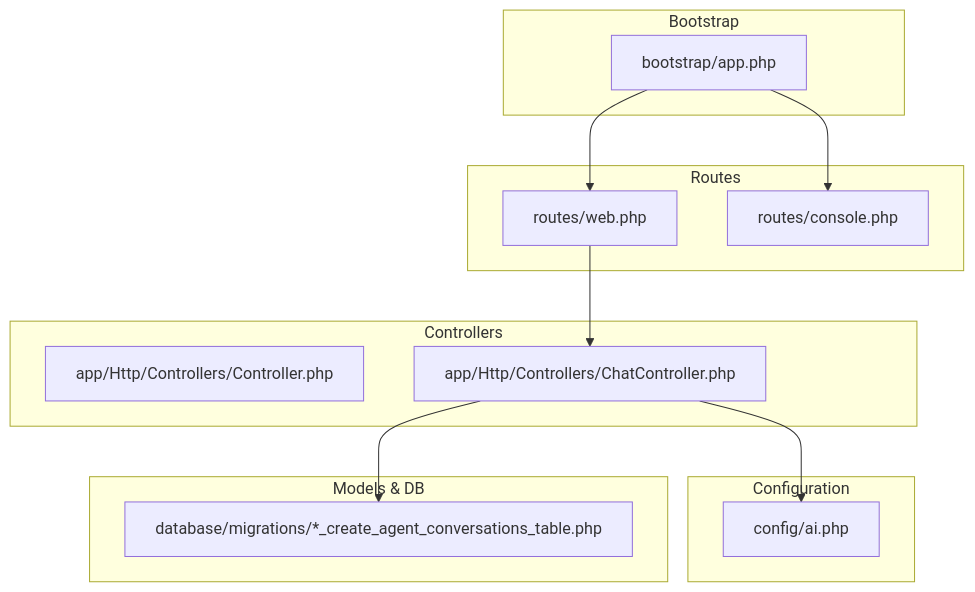
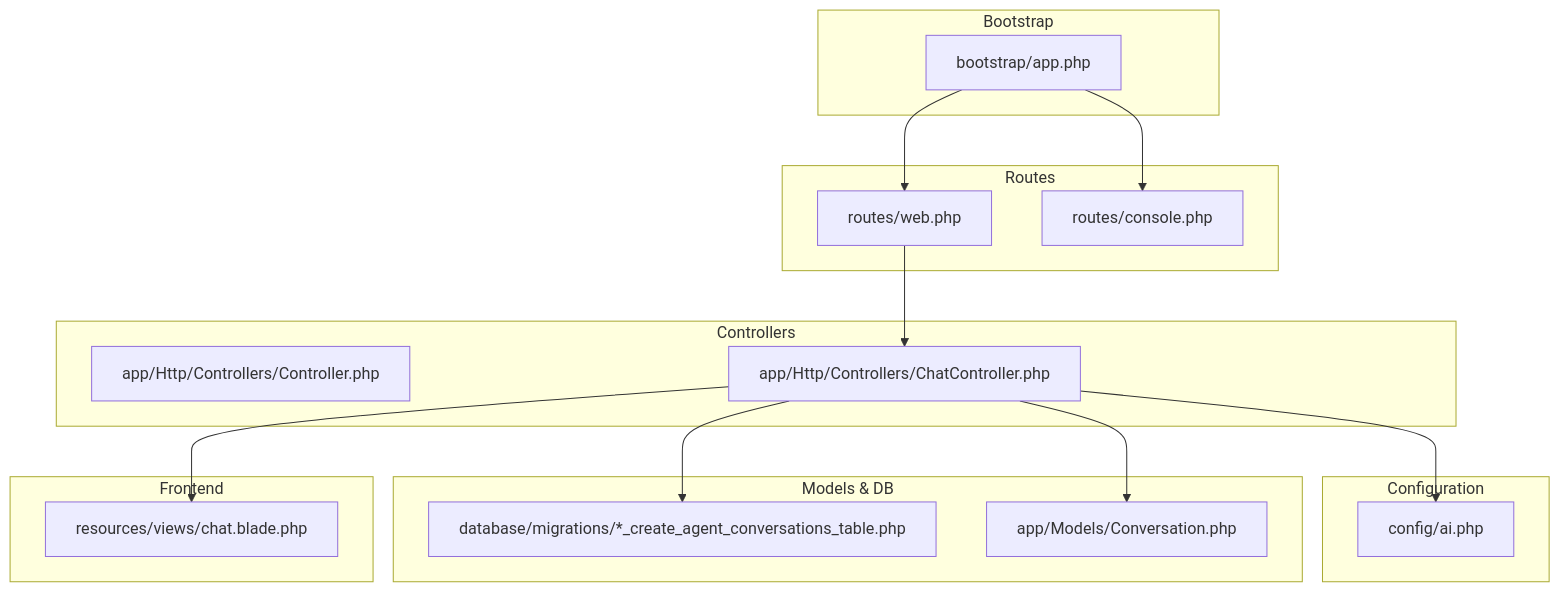
Before and after one commit to siimliimand/laravel-assistant: the first of 9 diagrams in .qoder/repowiki/en/content/Laravel Application Components/Routing.md, drawn with Mermaid. The commit also changed other lines of this file and 7 other files, not shown here.

````diff
--- a/.qoder/repowiki/en/content/Laravel Application Components/Routing.md
+++ b/.qoder/repowiki/en/content/Laravel Application Components/Routing.md
@@ -33,25 +46,31 @@
 ```mermaid
 graph TB
 subgraph "Bootstrap"
 APP["bootstrap/app.php"]
 end
 subgraph "Routes"
 WEB["routes/web.php"]
 CONSOLE["routes/console.php"]
 end
 subgraph "Controllers"
 BASE["app/Http/Controllers/Controller.php"]
 CHAT["app/Http/Controllers/ChatController.php"]
 end
 subgraph "Configuration"
 AI_CFG["config/ai.php"]
 end
 subgraph "Models & DB"
 CONV_MIG["database/migrations/*_create_agent_conversations_table.php"]
+CONV_MODEL["app/Models/Conversation.php"]
+end
+subgraph "Frontend"
+CHAT_VIEW["resources/views/chat.blade.php"]
 end
 APP --> WEB
 APP --> CONSOLE
 WEB --> CHAT
 CHAT --> AI_CFG
 CHAT --> CONV_MIG
+CHAT --> CONV_MODEL
+CHAT --> CHAT_VIEW
 ```
````
